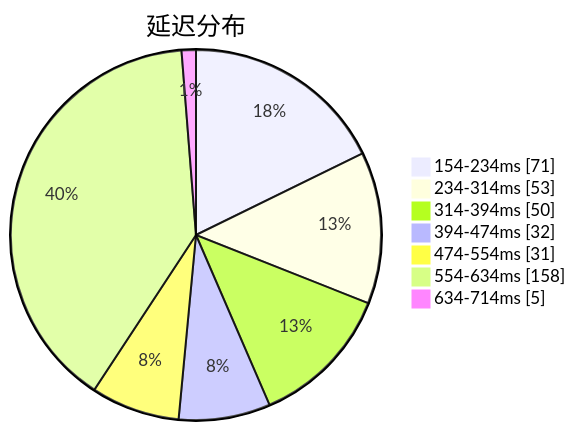
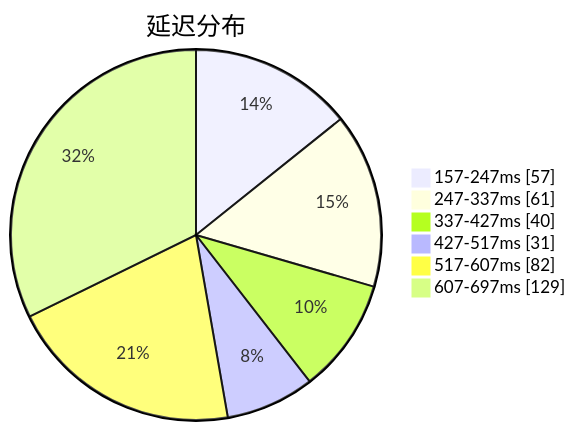
Before and after one commit to qjlxg/airport: the first of 3 diagrams in subs/statistics/tested_within.md, drawn with Mermaid. The commit also changed other lines of this file and 2 other files, not shown here.

Commit message:
Tested by metaST

````diff
--- a/subs/statistics/tested_within.md
+++ b/subs/statistics/tested_within.md
@@ -2,11 +2,10 @@
 ```mermaid
 pie showData
 title 延迟分布
-"154-234ms" : 71
-"234-314ms" : 53
-"314-394ms" : 50
-"394-474ms" : 32
-"474-554ms" : 31
-"554-634ms" : 158
-"634-714ms" : 5
+"157-247ms" : 57
+"247-337ms" : 61
+"337-427ms" : 40
+"427-517ms" : 31
+"517-607ms" : 82
+"607-697ms" : 129
 ```
````
